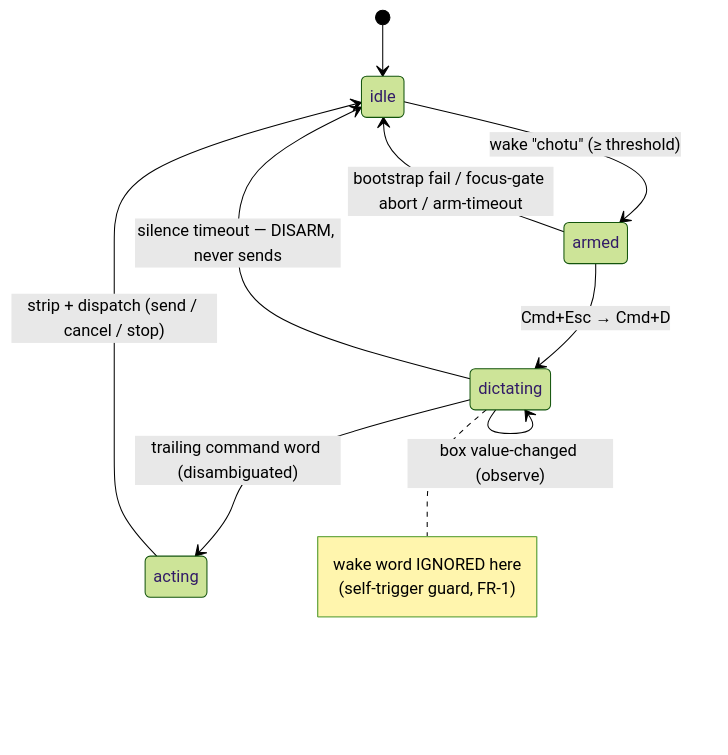
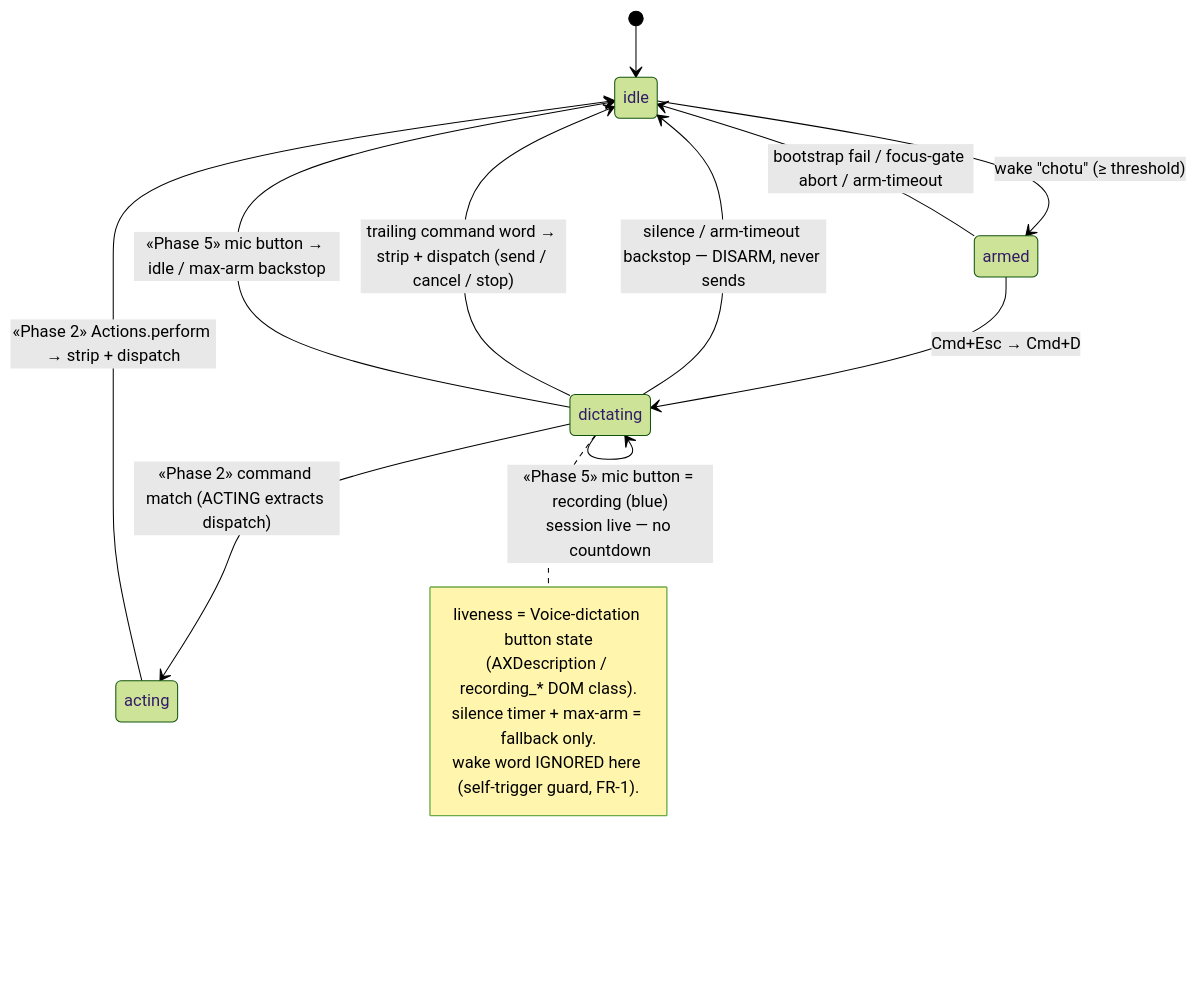
The fifth of 8 diagrams in docs/ARCHITECTURE.md (utkarshtrivedimdz/hey-claude), drawn with Mermaid (forest theme) before and after one commit. The commit also changed other lines of this file and 17 other files, not shown here.

````diff
--- a/docs/ARCHITECTURE.md
+++ b/docs/ARCHITECTURE.md
@@ -191,15 +238,20 @@
 ```mermaid
 stateDiagram-v2
   [*] --> idle
   idle --> armed: wake "chotu" (≥ threshold)
   armed --> idle: bootstrap fail / focus-gate abort / arm-timeout
   armed --> dictating: Cmd+Esc → Cmd+D
   dictating --> dictating: box value-changed (observe)
-  dictating --> acting: trailing command word (disambiguated)
-  dictating --> idle: silence timeout — DISARM, never sends
-  acting --> idle: strip + dispatch (send / cancel / stop)
+  dictating --> dictating: «Phase 5» mic button = recording (blue)<br/>session live — no countdown
+  dictating --> idle: silence / arm-timeout backstop — DISARM, never sends
+  dictating --> idle: trailing command word → strip + dispatch (send / cancel / stop)
+  dictating --> acting: «Phase 2» command match (ACTING extracts dispatch)
+  acting --> idle: «Phase 2» Actions.perform → strip + dispatch
+  dictating --> idle: «Phase 5» mic button → idle / max-arm backstop
   note right of dictating
-    wake word IGNORED here
-    (self-trigger guard, FR-1)
+    liveness = Voice-dictation button state
+    (AXDescription / recording_* DOM class).
+    silence timer + max-arm = fallback only.
+    wake word IGNORED here (self-trigger guard, FR-1).
   end note
 ```
````
